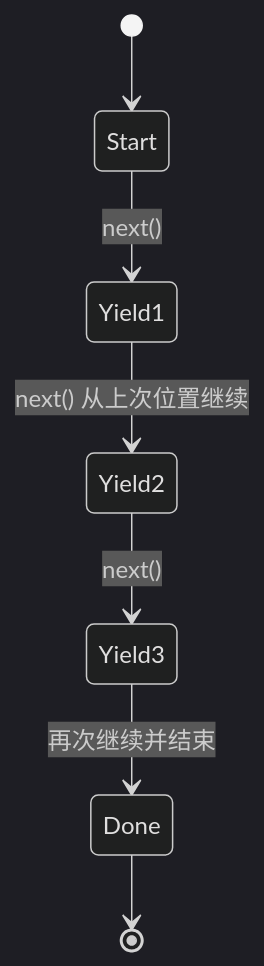
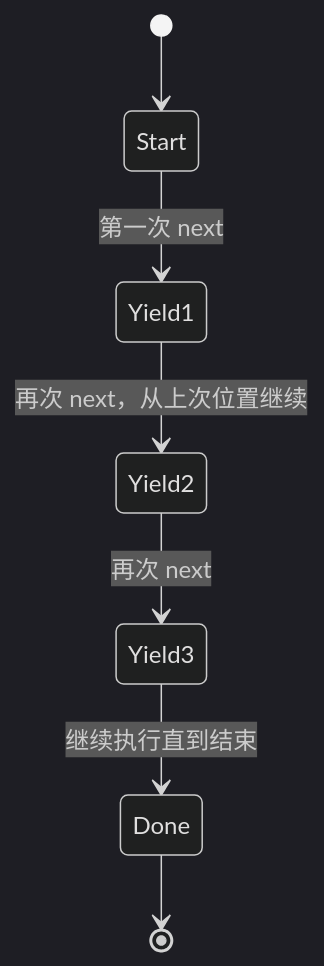
One commit to studyzhige-ui/python-interview-handbook changed the third of 3 diagrams in review/06-迭代器-生成器-yield-图解与自测.md. Above: the diagram before and after it, drawn with Mermaid (dark theme). The commit also changed other lines of this file and 11 other files, not shown here.

First line of the commit message:
fix: repair Mermaid rendering across review chapters

````diff
--- a/review/06-迭代器-生成器-yield-图解与自测.md
+++ b/review/06-迭代器-生成器-yield-图解与自测.md
@@ -28,9 +28,9 @@
 ```mermaid
 stateDiagram-v2
     [*] --> Start
-    Start --> Yield1: next()
-    Yield1 --> Yield2: next() 从上次位置继续
-    Yield2 --> Yield3: next()
-    Yield3 --> Done: 再次继续并结束
+    Start --> Yield1: 第一次 next
+    Yield1 --> Yield2: 再次 next，从上次位置继续
+    Yield2 --> Yield3: 再次 next
+    Yield3 --> Done: 继续执行直到结束
     Done --> [*]
 ```
````
